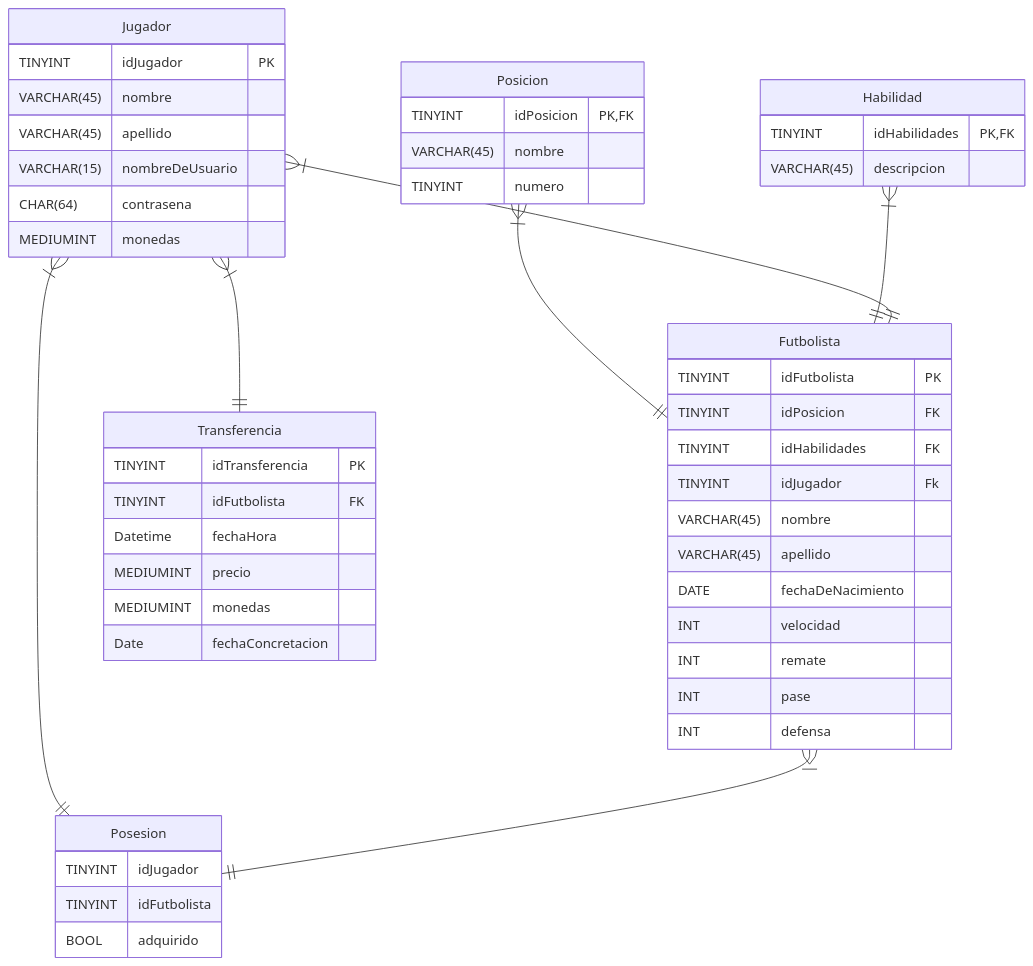
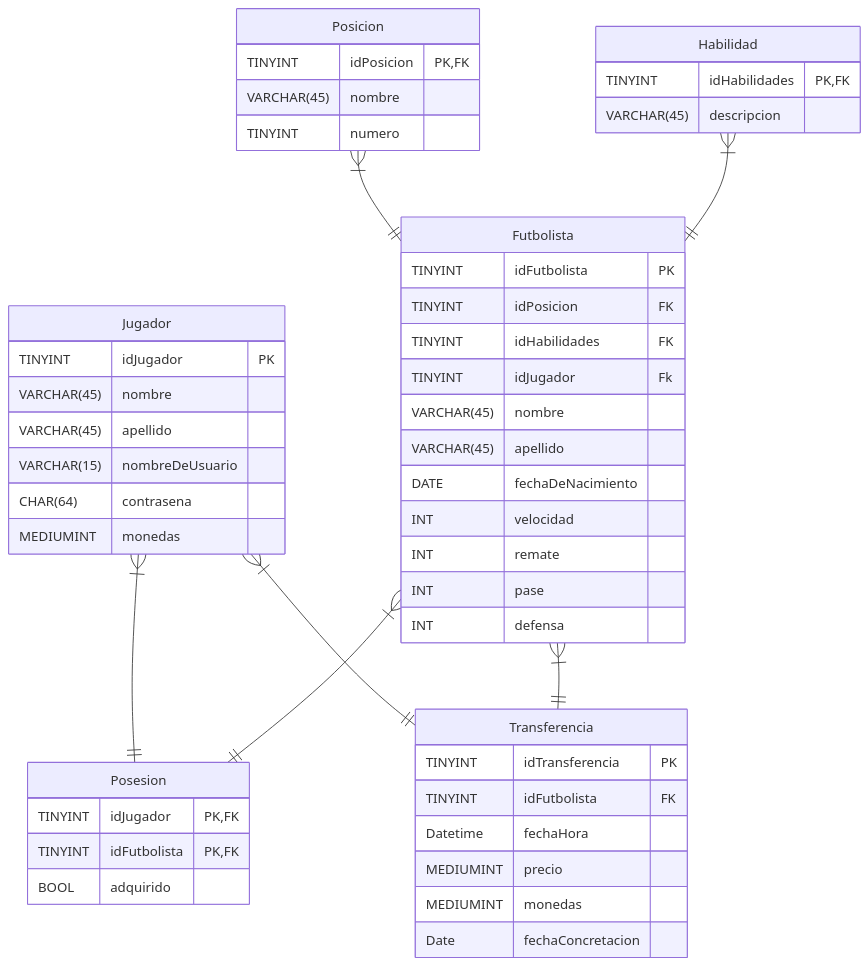
Before and after one commit to Lucardioo/Fifa-Tp-Anual-5to-8va: the diagram in docs/DER.md, drawn with Mermaid. The commit also changed 1 other file, not shown here.

Commit message:
Actualizamos el der y el ddl

````diff
--- a/docs/DER.md
+++ b/docs/DER.md
@@ -1,63 +1,63 @@
 ```mermaid
 erDiagram
 
     Posicion{
         TINYINT     idPosicion PK,FK
         VARCHAR(45) nombre       
         TINYINT     numero      
     }
 
     Habilidad{
         TINYINT     idHabilidades PK,FK
         VARCHAR(45) descripcion
     }
 
     Futbolista{
         TINYINT     idFutbolista  PK
         TINYINT     idPosicion      FK
         TINYINT     idHabilidades   FK
         TINYINT     idJugador       Fk
         VARCHAR(45) nombre 
         VARCHAR(45) apellido            
         DATE        fechaDeNacimiento    
         INT         velocidad        
         INT         remate              
         INT         pase                 
         INT         defensa              
     }
         Posicion }|--|| Futbolista : "" 
         Habilidad }|--|| Futbolista : ""
-        Jugador }|--|| Futbolista : ""
+        
 
    
     Jugador{
         TINYINT     idJugador  PK
         VARCHAR(45) nombre
         VARCHAR(45) apellido
         VARCHAR(15) nombreDeUsuario
         CHAR(64)    contrasena
         MEDIUMINT   monedas
     }
 
     Posesion{
-        TINYINT idJugador
-        TINYINT idFutbolista
+        TINYINT idJugador   PK,FK
+        TINYINT idFutbolista  PK,FK
         BOOL    adquirido
     }
     Jugador }|--|| Posesion : ""
     Futbolista }|--|| Posesion : ""
     
     
 
     Transferencia{
         TINYINT     idTransferencia PK
         TINYINT     idFutbolista FK
         Datetime    fechaHora
         MEDIUMINT   precio
         MEDIUMINT   monedas
         Date     fechaConcretacion 
     }
         Jugador }|--|| Transferencia : ""
-    
+        Futbolista }|--|| Transferencia : ""
 
 ```
````
